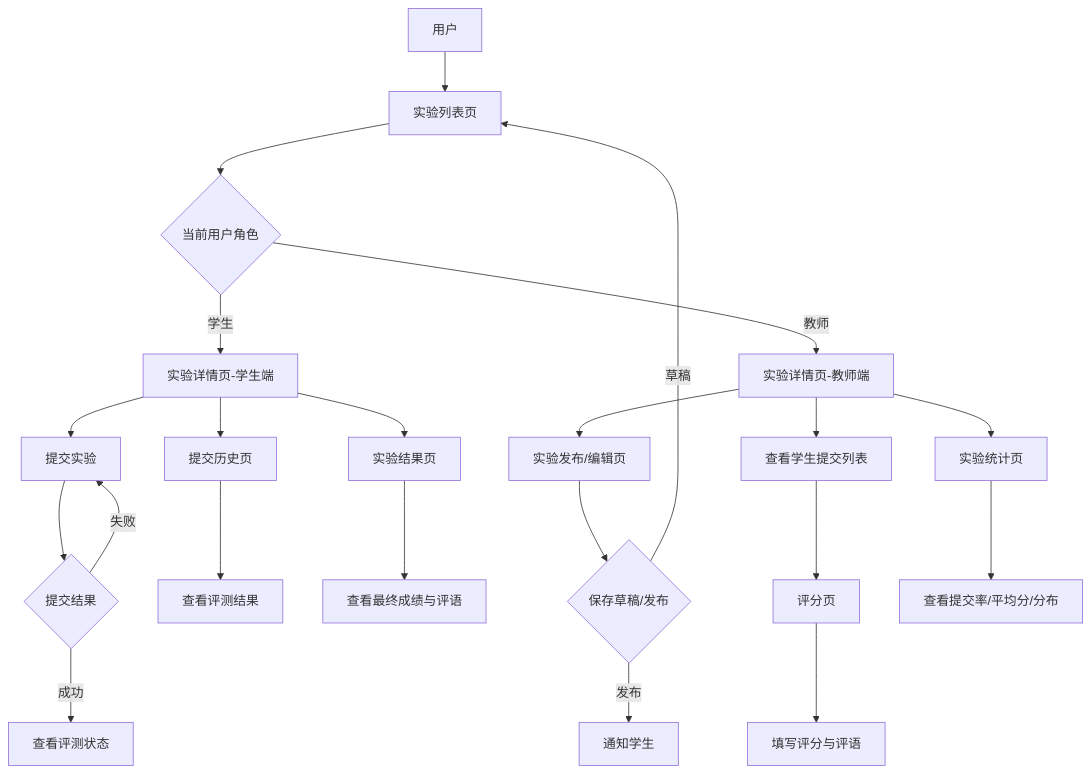
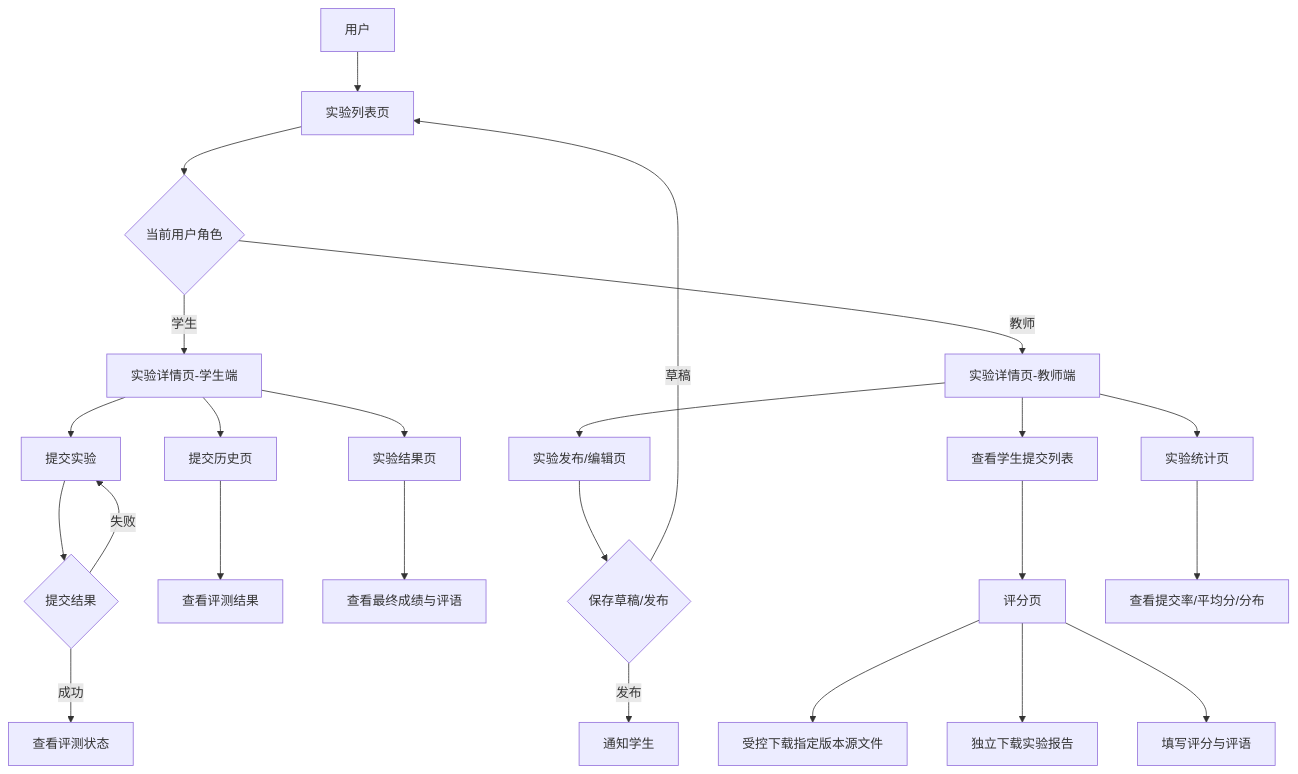
Before and after one commit to Cr4zyorange/OnlineJudge: diagram 26 of 52 in docs/最终提交/软件详细设计说明书.md, drawn with Mermaid. The commit also changed other lines of this file and 13 other files, not shown here.

Commit message:
docs(lab): synchronize source download contract

````diff
--- a/docs/最终提交/软件详细设计说明书.md
+++ b/docs/最终提交/软件详细设计说明书.md
@@ -2265,24 +2267,26 @@
 ```mermaid
 flowchart TD
   User[用户] --> LabList[实验列表页]
   LabList --> StudentCheck{当前用户角色}
   StudentCheck -->|学生| StuDetail[实验详情页-学生端]
   StudentCheck -->|教师| TeacherDetail[实验详情页-教师端]
   StuDetail --> Submission[提交实验]
   Submission --> SubmitResult{提交结果}
   SubmitResult -->|成功| EvalStatus[查看评测状态]
   SubmitResult -->|失败| Submission
   StuDetail --> SubmissionHistory[提交历史页]
   SubmissionHistory --> EvalResult[查看评测结果]
   StuDetail --> ExperimentResult[实验结果页]
   ExperimentResult --> FinalScore[查看最终成绩与评语]
   TeacherDetail --> EditLab[实验发布/编辑页]
   EditLab --> PublishAction{保存草稿/发布}
   PublishAction -->|草稿| LabList
   PublishAction -->|发布| NotifyStudent[通知学生]
   TeacherDetail --> SubmissionList[查看学生提交列表]
   SubmissionList --> ScorePage[评分页]
+  ScorePage --> SourceDownload[受控下载指定版本源文件]
+  ScorePage --> ReportDownload[独立下载实验报告]
   ScorePage --> SaveScore[填写评分与评语]
   TeacherDetail --> StatisticsPage[实验统计页]
   StatisticsPage --> ViewStats[查看提交率/平均分/分布]
 ```
````
